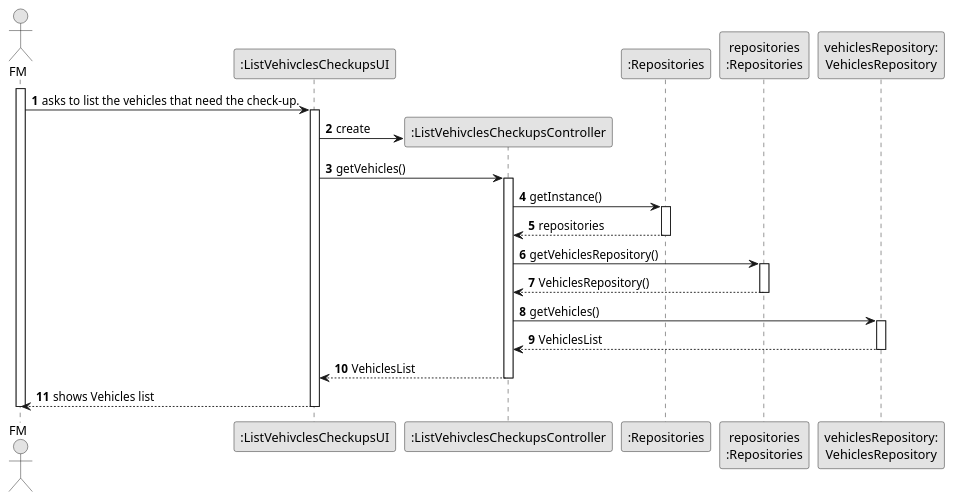
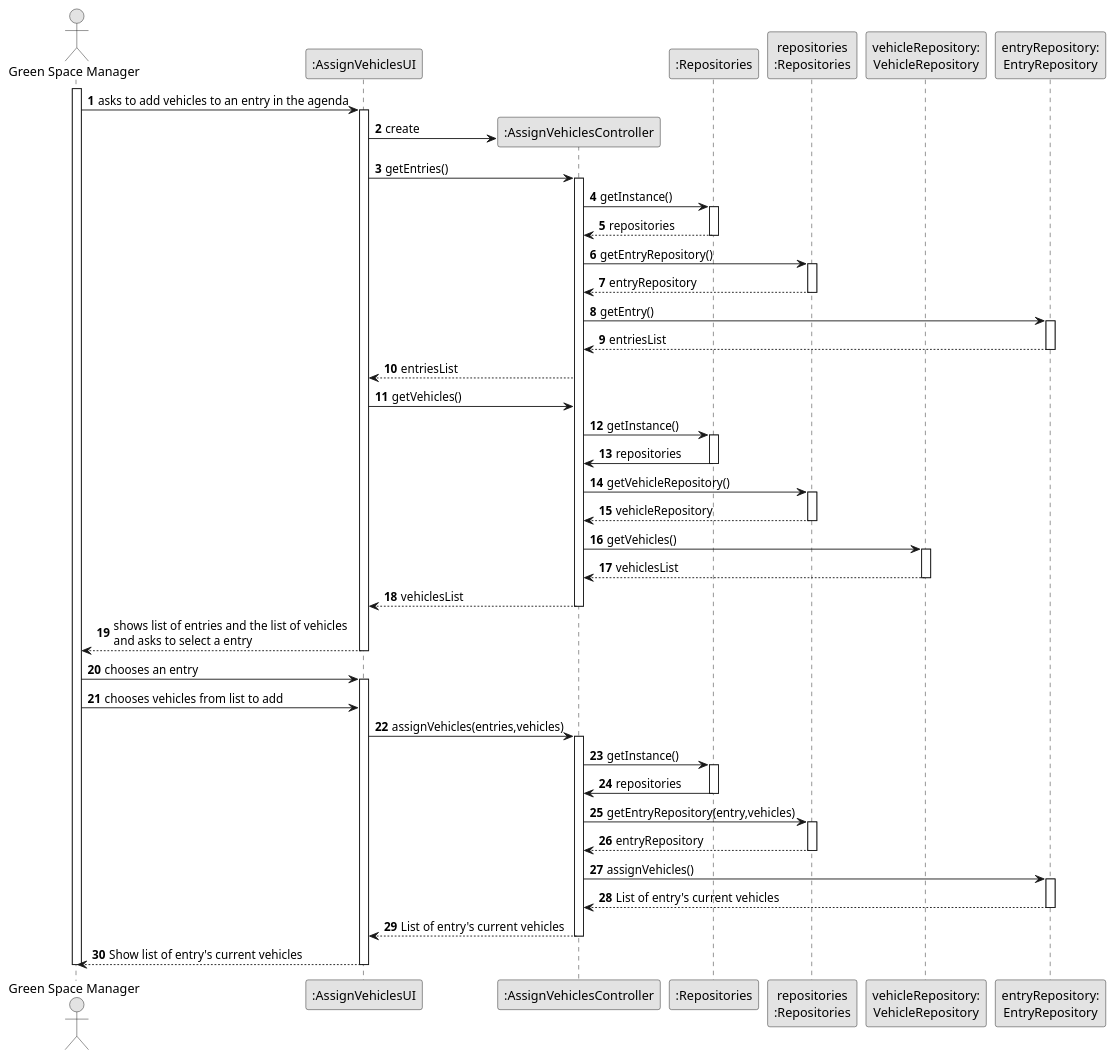
The diagram in docs/sprintC/us026/03.design/puml/us008-sequence-diagram-full.puml (Departamento-de-Engenharia-Informatica/lei-24-s2-1do-g164), drawn with PlantUML before and after one commit.

Commit message:
Update us008-sequence-diagram-full.puml
US026 (docs): SD done

```diff
--- a/docs/sprintC/us026/03.design/puml/us008-sequence-diagram-full.puml
+++ b/docs/sprintC/us026/03.design/puml/us008-sequence-diagram-full.puml
@@ -1,57 +1,107 @@
 @startuml
 skinparam monochrome true
 skinparam packageStyle rectangle
-skinparam shadowing false
+    skinparam shadowing false
 
-autonumber
+    autonumber
 
-'hide footbox
-actor "FM" as ADM
-participant ":ListVehivclesCheckupsUI" as UI
-participant ":ListVehivclesCheckupsController" as CTRL
-participant ":Repositories" as RepositorySingleton
-participant "repositories\n:Repositories" as PLAT
-participant "vehiclesRepository:\nVehiclesRepository" as TaskCategoryRepository
+    'hide footbox
+    actor "Green Space Manager" as HRM
+    participant ":AssignVehiclesUI" as UI
+    participant ":AssignVehiclesController" as CTRL
+    participant ":Repositories" as RepositorySingleton
+    participant "repositories\n:Repositories" as PLAT
+    participant "vehicleRepository:\nVehicleRepository" as SkillRepository
+    participant "entryRepository:\nEntryRepository" as entryRepository
+    activate HRM
+
+            HRM -> UI : asks to add vehicles to an entry in the agenda
+
+            activate UI
+
+    '            UI --> ADM : requests data (reference, description,  informal \n description, technical description, duration, cost)
+                'create CTRL
+                UI -> CTRL** : create
+
+                UI -> CTRL : getEntries()
+                activate CTRL
+
+                    CTRL -> RepositorySingleton : getInstance()
+                    activate RepositorySingleton
+
+                        RepositorySingleton --> CTRL: repositories
+                    deactivate RepositorySingleton
+
+                    CTRL -> PLAT : getEntryRepository()
+                    activate PLAT
+
+                        PLAT --> CTRL: entryRepository
+                    deactivate PLAT
+
+                    CTRL -> entryRepository : getEntry()
+                    activate entryRepository
+
+                        entryRepository--> CTRL : entriesList
+                    deactivate entryRepository
+
+                    CTRL --> UI : entriesList
 
 
-activate ADM
-
-        ADM -> UI : asks to list the vehicles that need the check-up.
-
-        activate UI
-
-'            UI --> ADM : requests data (reference, description,  informal \n description, technical description, duration, cost)
-            'create CTRL
-            UI -> CTRL** : create
-
-            UI -> CTRL : getVehicles()
-            activate CTRL
-
-                CTRL -> RepositorySingleton : getInstance()
-                activate RepositorySingleton
-
-                    RepositorySingleton --> CTRL: repositories
-                deactivate RepositorySingleton
-
-                CTRL -> PLAT : getVehiclesRepository()
-                activate PLAT
-
-                    PLAT --> CTRL: VehiclesRepository()
-                deactivate PLAT
-
-                CTRL -> TaskCategoryRepository : getVehicles()
-                activate TaskCategoryRepository
-
-                    TaskCategoryRepository --> CTRL : VehiclesList
-                deactivate TaskCategoryRepository
-
-                CTRL --> UI : VehiclesList
-            deactivate CTRL
-
-            UI --> ADM : shows Vehicles list
-        deactivate UI
 
 
-deactivate ADM
 
-@enduml
+
+           UI -> CTRL : getVehicles()
+
+                 CTRL -> RepositorySingleton : getInstance()
+                 activate RepositorySingleton
+                   RepositorySingleton -> CTRL : repositories
+                 deactivate RepositorySingleton
+
+                 CTRL -> PLAT : getVehicleRepository()
+                 activate PLAT
+                   PLAT --> CTRL : vehicleRepository
+                 deactivate PLAT
+
+                 CTRL -> SkillRepository : getVehicles()
+                 activate SkillRepository
+                   SkillRepository --> CTRL : vehiclesList
+                 deactivate SkillRepository
+                 CTRL --> UI :vehiclesList
+               deactivate CTRL
+
+              UI --> HRM : shows list of entries and the list of vehicles \nand asks to select a entry
+                          deactivate UI
+
+             HRM -> UI : chooses an entry
+
+             activate UI
+              HRM -> UI : chooses vehicles from list to add
+               UI -> CTRL :assignVehicles(entries,vehicles)
+                        activate CTRL
+               CTRL -> RepositorySingleton : getInstance()
+                                         activate RepositorySingleton
+                                           RepositorySingleton -> CTRL : repositories
+                                         deactivate RepositorySingleton
+
+                                         CTRL -> PLAT : getEntryRepository(entry,vehicles)
+                                         activate PLAT
+                                           PLAT --> CTRL : entryRepository
+                                         deactivate PLAT
+
+                                         CTRL -> entryRepository : assignVehicles()
+                                       activate entryRepository
+                                           entryRepository --> CTRL : List of entry's current vehicles
+                                   deactivate entryRepository
+                                         CTRL --> UI : List of entry's current vehicles
+                                       deactivate CTRL
+                                       UI --> HRM :Show list of entry's current vehicles
+                                                    deactivate UI
+
+
+
+
+
+    deactivate HRM
+
+@endumlenduml
```
